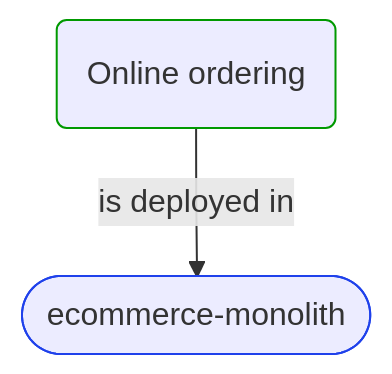
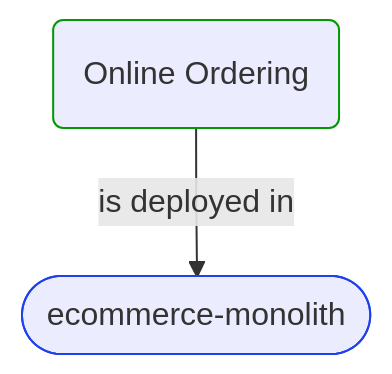
One commit to itlibrium/DDD-starter-dotnet changed the third of 4 diagrams in Docs/P3/MermaidOutput/Domain/Processes/OnlineOrdering.md. Above: the diagram before and after it, drawn with Mermaid. The commit also changed other lines of this file and 237 other files, not shown here.

````diff
--- a/Docs/P3/MermaidOutput/Domain/Processes/OnlineOrdering.md
+++ b/Docs/P3/MermaidOutput/Domain/Processes/OnlineOrdering.md
@@ -55,11 +55,11 @@
 ```mermaid
   flowchart TB
-    0(Online ordering)
+    0(Online Ordering)
     class 0 DomainPerspective
     1([ecommerce-monolith])
     class 1 TechnologyPerspective
     0-->|is deployed in|1
     classDef DomainPerspective stroke:#009900
     classDef TechnologyPerspective stroke:#1F41EB
     classDef PeoplePerspective stroke:#FFF014
 ```
````
